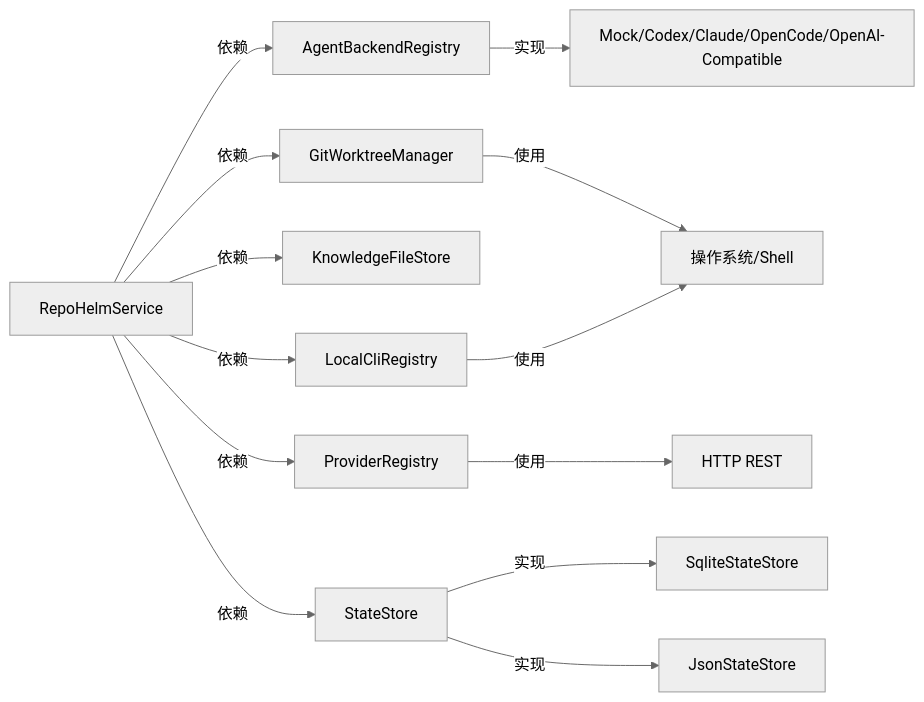
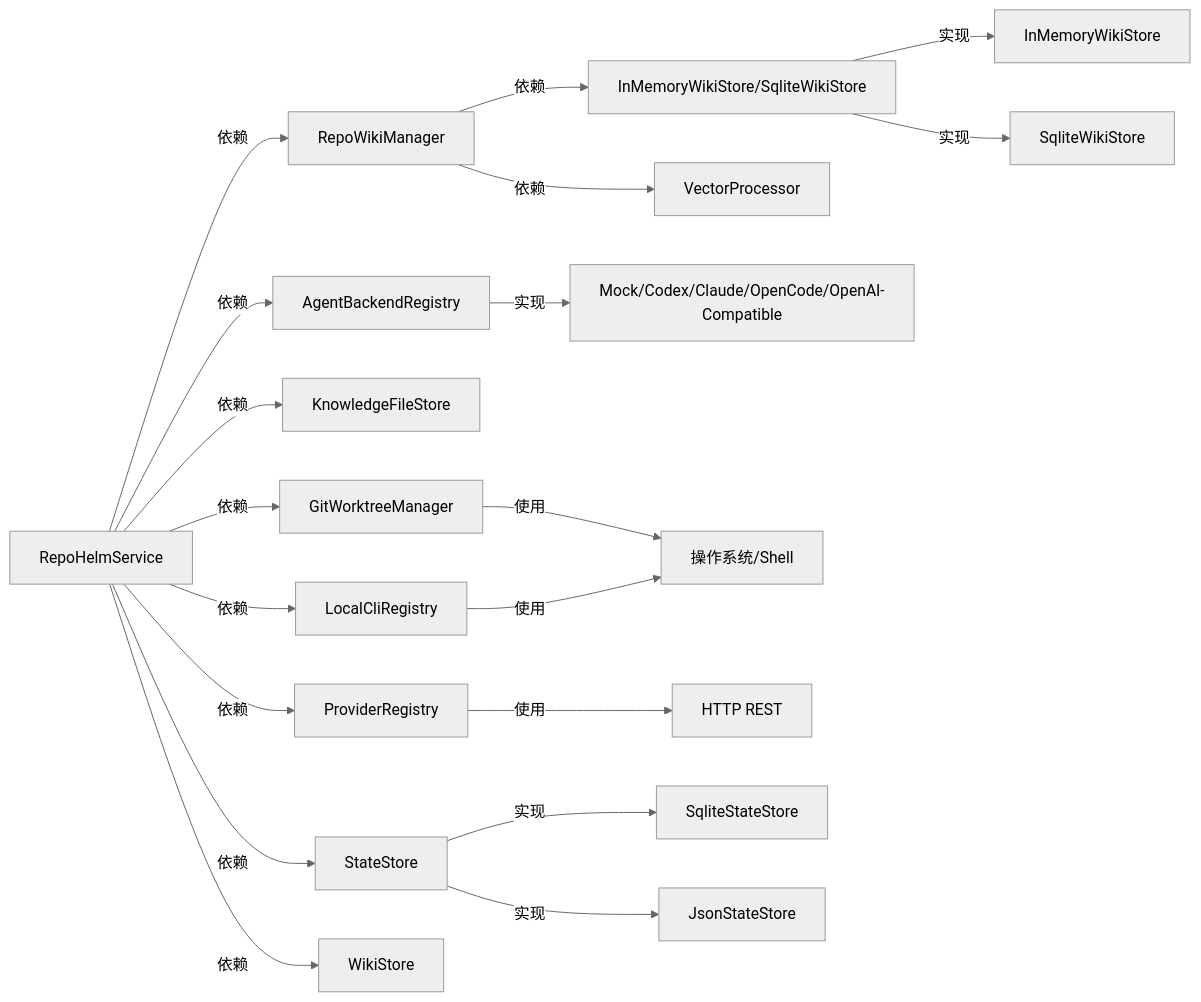
One commit to coconilu/RepoHelm changed diagram 11 of 11 in .qoder/repowiki/zh/content/架构设计/组件交互关系.md. Above: the diagram before and after it, drawn with Mermaid (neutral theme). The commit also changed other lines of this file and 9 other files, not shown here.

First line of the commit message:
docs(zh): add KnowledgeCenter, Markdown & Mermaid

````diff
--- a/.qoder/repowiki/zh/content/架构设计/组件交互关系.md
+++ b/.qoder/repowiki/zh/content/架构设计/组件交互关系.md
@@ -329,15 +515,21 @@
 ```mermaid
 graph LR
 Service["RepoHelmService"] --> |依赖| AgentReg["AgentBackendRegistry"]
 Service --> |依赖| GitMgr["GitWorktreeManager"]
 Service --> |依赖| KFStore["KnowledgeFileStore"]
+Service --> |依赖| WikiMgr["RepoWikiManager"]
 Service --> |依赖| ProvReg["ProviderRegistry"]
 Service --> |依赖| CliReg["LocalCliRegistry"]
 Service --> |依赖| State["StateStore"]
+Service --> |依赖| WikiStore["WikiStore"]
+WikiMgr --> |依赖| WikiStoreImpl["InMemoryWikiStore/SqliteWikiStore"]
+WikiMgr --> |依赖| VectorProc["VectorProcessor"]
 AgentReg --> |实现| Backends["Mock/Codex/Claude/OpenCode/OpenAI-Compatible"]
 GitMgr --> |使用| OS["操作系统/Shell"]
 ProvReg --> |使用| HTTP["HTTP REST"]
 CliReg --> |使用| OS
+WikiStoreImpl --> |实现| InMemory["InMemoryWikiStore"]
+WikiStoreImpl --> |实现| SqliteStore["SqliteWikiStore"]
 State --> |实现| Sqlite["SqliteStateStore"]
 State --> |实现| JsonStore["JsonStateStore"]
 ```
````
